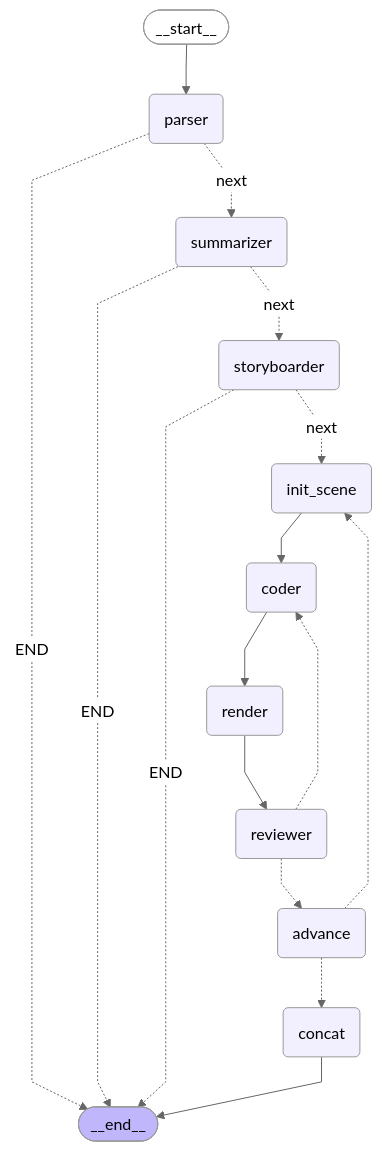
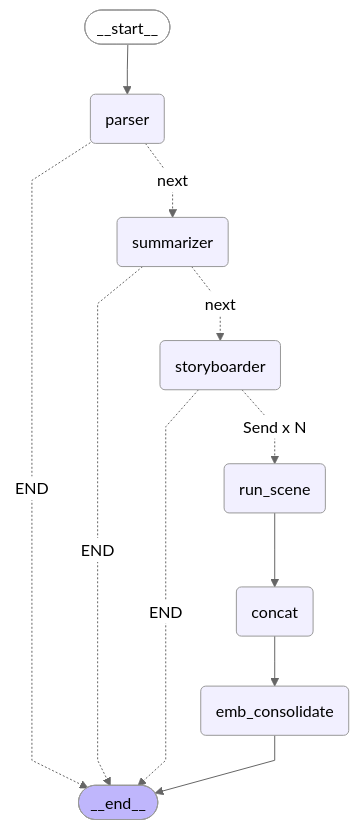
The diagram in docs/graphs/mvp2.mmd (jwj1342/Paper2Manim), drawn with Mermaid (neutral theme) before and after one commit. The commit also changed 10 other files, not shown here.

First line of the commit message:
docs: sync with PR #15 / #16 / #19 — VLM schema、EMB 后端、fan-out 拓扑 (#20)

```diff
--- a/docs/graphs/mvp2.mmd
+++ b/docs/graphs/mvp2.mmd
@@ -1,35 +1,27 @@
 ---
 config:
   flowchart:
     curve: linear
 ---
 graph TD;
 	__start__([<p>__start__</p>]):::first
 	parser(parser)
 	summarizer(summarizer)
 	storyboarder(storyboarder)
-	init_scene(init_scene)
-	coder(coder)
-	render(render)
-	reviewer(reviewer)
-	advance(advance)
+	run_scene(run_scene)
 	concat(concat)
+	emb_consolidate(emb_consolidate)
 	__end__([<p>__end__</p>]):::last
 	__start__ --> parser;
-	advance -.-> concat;
-	advance -.-> init_scene;
-	coder --> render;
-	init_scene --> coder;
 	parser -. &nbsp;END&nbsp; .-> __end__;
 	parser -. &nbsp;next&nbsp; .-> summarizer;
-	render --> reviewer;
-	reviewer -.-> advance;
-	reviewer -.-> coder;
-	storyboarder -. &nbsp;END&nbsp; .-> __end__;
-	storyboarder -. &nbsp;next&nbsp; .-> init_scene;
 	summarizer -. &nbsp;END&nbsp; .-> __end__;
 	summarizer -. &nbsp;next&nbsp; .-> storyboarder;
-	concat --> __end__;
+	storyboarder -. &nbsp;END&nbsp; .-> __end__;
+	storyboarder -. &nbsp;Send x N&nbsp; .-> run_scene;
+	run_scene --> concat;
+	concat --> emb_consolidate;
+	emb_consolidate --> __end__;
 	classDef default fill:#f2f0ff,line-height:1.2
 	classDef first fill-opacity:0
 	classDef last fill:#bfb6fc
```
